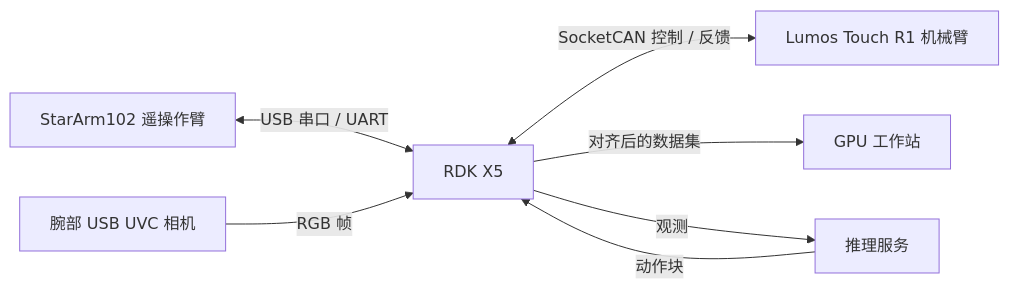
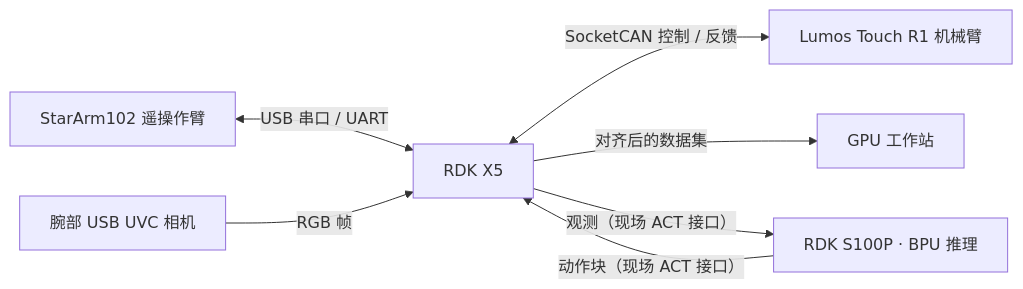
Before and after one commit to Edge-Intelligence-Lab/lumos-runtime: the diagram in docs/architecture.md, drawn with Mermaid. The commit also changed other lines of this file and 3 other files, not shown here.

````diff
--- a/docs/architecture.md
+++ b/docs/architecture.md
@@ -3,9 +3,9 @@
 ```mermaid
 flowchart LR
     Leader["StarArm102 遥操作臂"] <-->|"USB 串口 / UART"| X5["RDK X5"]
     Camera["腕部 USB UVC 相机"] -- "RGB 帧" --> X5
     X5 <-->|"SocketCAN 控制 / 反馈"| Follower["Lumos Touch R1 机械臂"]
     X5 -->|"对齐后的数据集"| GPU["GPU 工作站"]
-    X5 -->|"观测"| Server["推理服务"]
-    Server -->|"动作块"| X5
+    X5 -->|"观测（现场 ACT 接口）"| S100P["RDK S100P · BPU 推理"]
+    S100P -->|"动作块（现场 ACT 接口）"| X5
 ```
````
